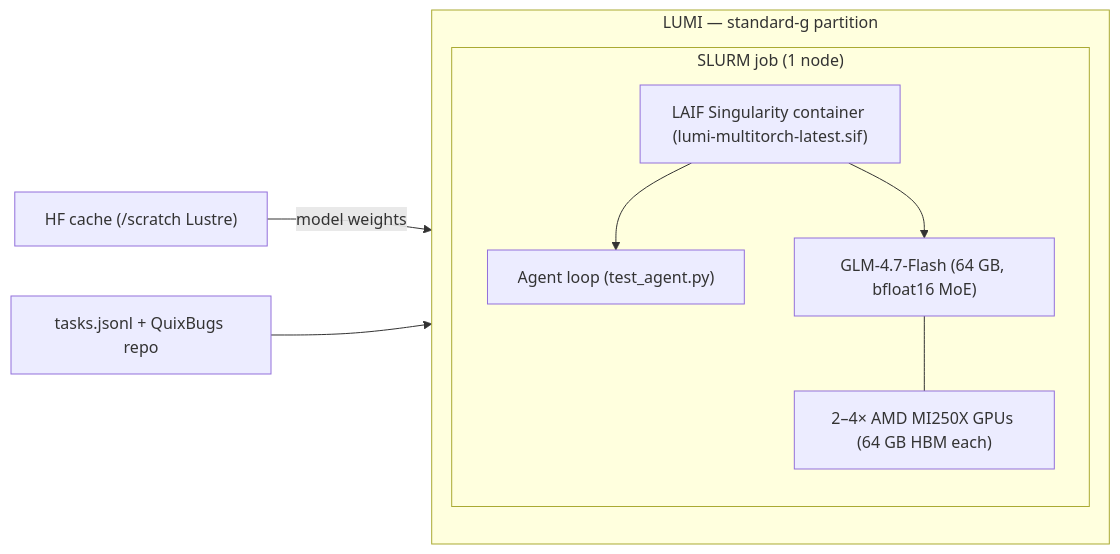
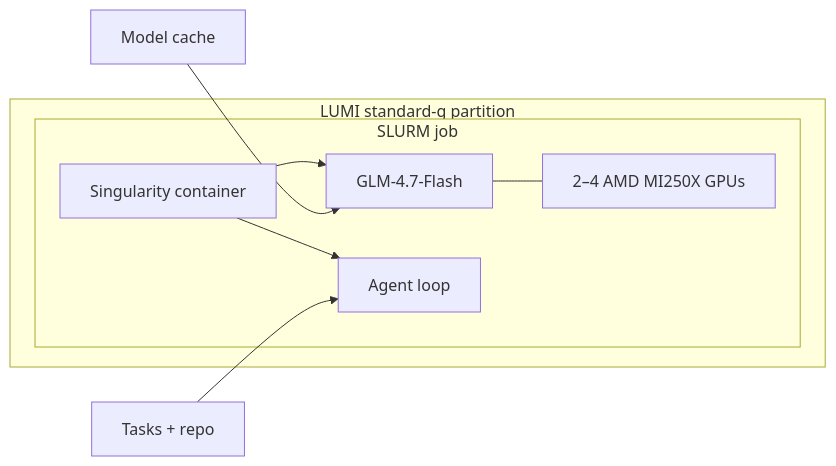
The third of 3 diagrams in report/report.md (djstockma/researchProjectData), drawn with Mermaid before and after one commit. The commit also changed other lines of this file and 2 other files, not shown here.

````diff
--- a/report/report.md
+++ b/report/report.md
@@ -127,19 +119,21 @@
 ```mermaid
 flowchart LR
-    subgraph LUMI ["LUMI — standard-g partition"]
-        direction TB
-        subgraph JOB ["SLURM job (1 node)"]
-            SIF["LAIF Singularity container (lumi-multitorch-latest.sif)"]
-            GPU["2–4× AMD MI250X GPUs (64 GB HBM each)"]
-            MODEL["GLM-4.7-Flash (64 GB, bfloat16 MoE)"]
-            AGENT2["Agent loop (test_agent.py)"]
+    subgraph LUMI ["LUMI standard-g partition"]
+        subgraph JOB ["SLURM job"]
+            SIF["Singularity container"]
+            GPU["2–4 AMD MI250X GPUs"]
+            MODEL["GLM-4.7-Flash"]
+            AGENT2["Agent loop"]
+
             SIF --> AGENT2
             SIF --> MODEL
             MODEL --- GPU
         end
     end
-    HF["HF cache (/scratch Lustre)"]
-    TASKS["tasks.jsonl + QuixBugs repo"]
-    HF -->|"model weights"| MODEL
+
+    HF["Model cache"]
+    TASKS["Tasks + repo"]
+
+    HF --> MODEL
     TASKS --> AGENT2
 ```
````
